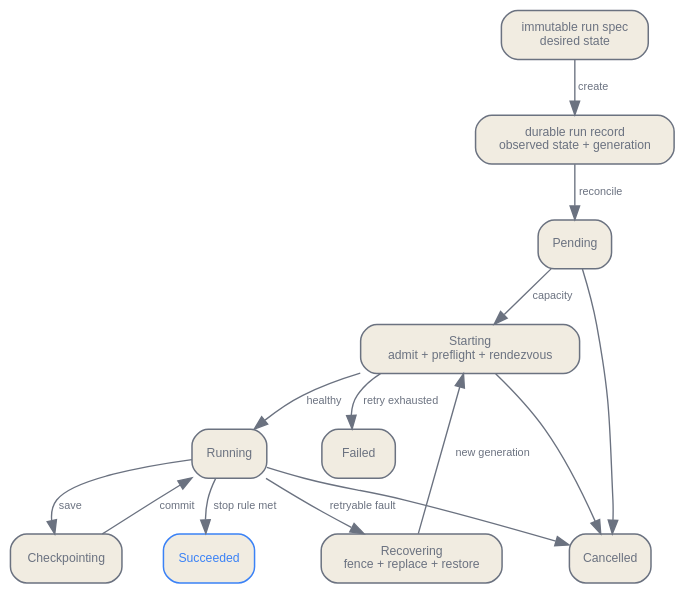
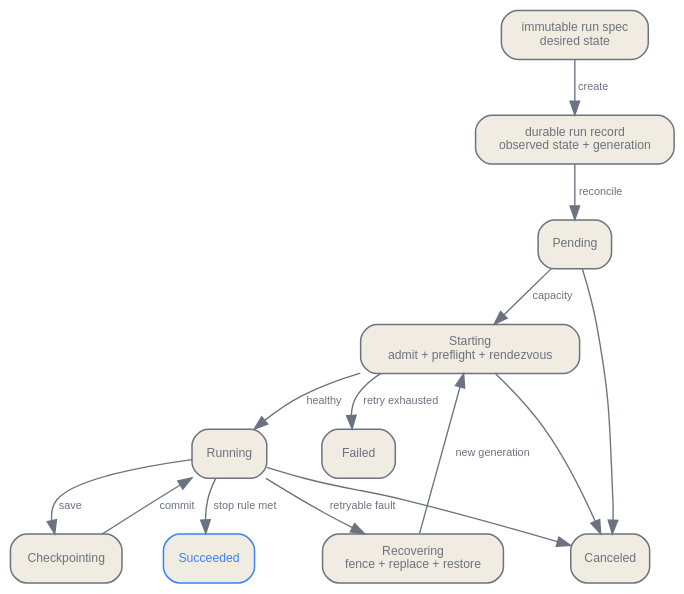
The first of 3 diagrams in en/infrastructure/04-orchestration-data-infra.qmd (latere-ai/ai-as-an-infrastructure), drawn with Graphviz before and after one commit. The commit also changed other lines of this file and 13 other files, not shown here.

Commit message:
en: American spelling in prose, captions and diagram labels; identifiers, quoted titles and EU AI Act terms unchanged

````diff
--- a/en/infrastructure/04-orchestration-data-infra.qmd
+++ b/en/infrastructure/04-orchestration-data-infra.qmd
@@ -56,37 +56,37 @@
 ```{dot}
 //| label: fig-orchestration-control-loop
 //| fig-cap: "The control plane persists desired and observed state, then reconciles one fenced run generation through admission, execution, recovery, and a terminal state."
 digraph {
   bgcolor="transparent";
   rankdir=TB;
   nodesep=0.35; ranksep=0.45;
   node [shape=box, style="rounded,filled", fontname="Helvetica", fontsize=9,
         color="#6b7280", fontcolor="#6b7280", fillcolor="#f1ece1", penwidth=1.1];
   edge [fontname="Helvetica", fontsize=8, color="#6b7280", fontcolor="#6b7280"];
 
   spec [label="immutable run spec\ndesired state"];
   record [label="durable run record\nobserved state + generation"];
   pending [label="Pending"];
   starting [label="Starting\nadmit + preflight + rendezvous"];
   running [label="Running"];
   checkpointing [label="Checkpointing"];
   recovering [label="Recovering\nfence + replace + restore"];
   succeeded [label="Succeeded", color="#3b82f6", fontcolor="#3b82f6"];
   failed [label="Failed"];
-  cancelled [label="Cancelled"];
+  cancelled [label="Canceled"];
 
   spec -> record [label="create"];
   record -> pending [label="reconcile"];
   pending -> starting [label="capacity"];
   starting -> running [label="healthy"];
   running -> checkpointing [label="save"];
   checkpointing -> running [label="commit"];
   running -> recovering [label="retryable fault"];
   recovering -> starting [label="new generation"];
   starting -> failed [label="retry exhausted"];
   running -> succeeded [label="stop rule met"];
   pending -> cancelled;
   starting -> cancelled;
   running -> cancelled;
 }
 ```
````
